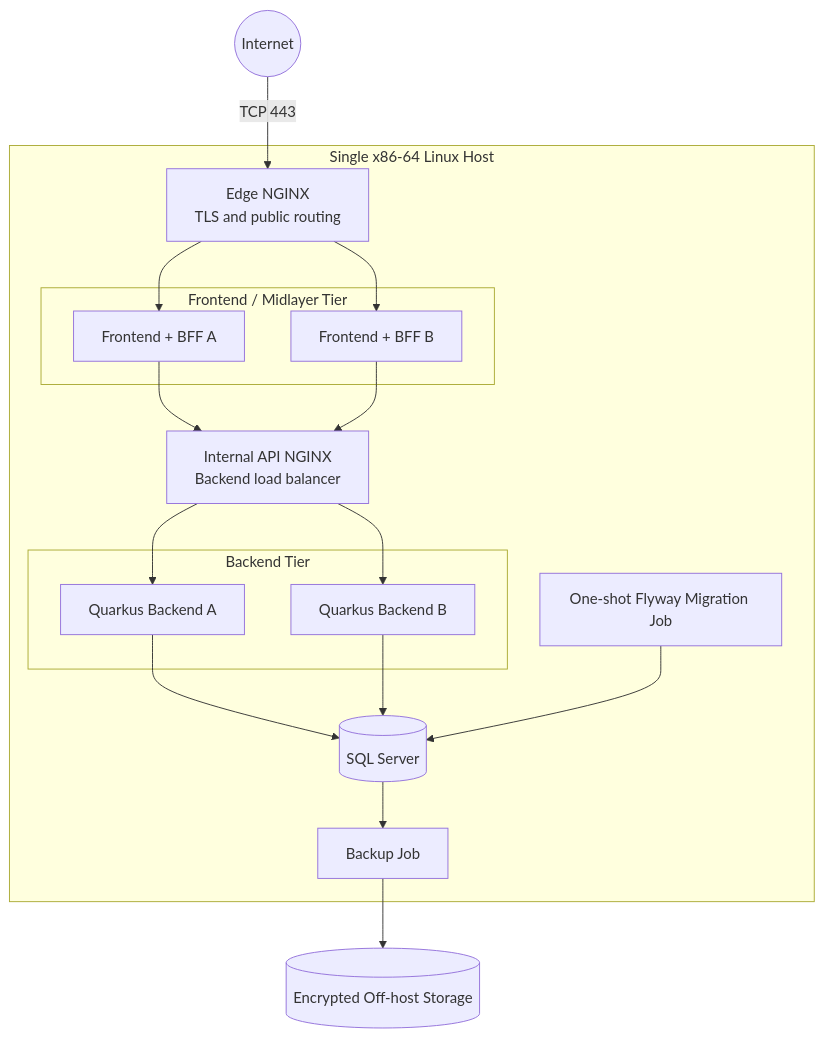
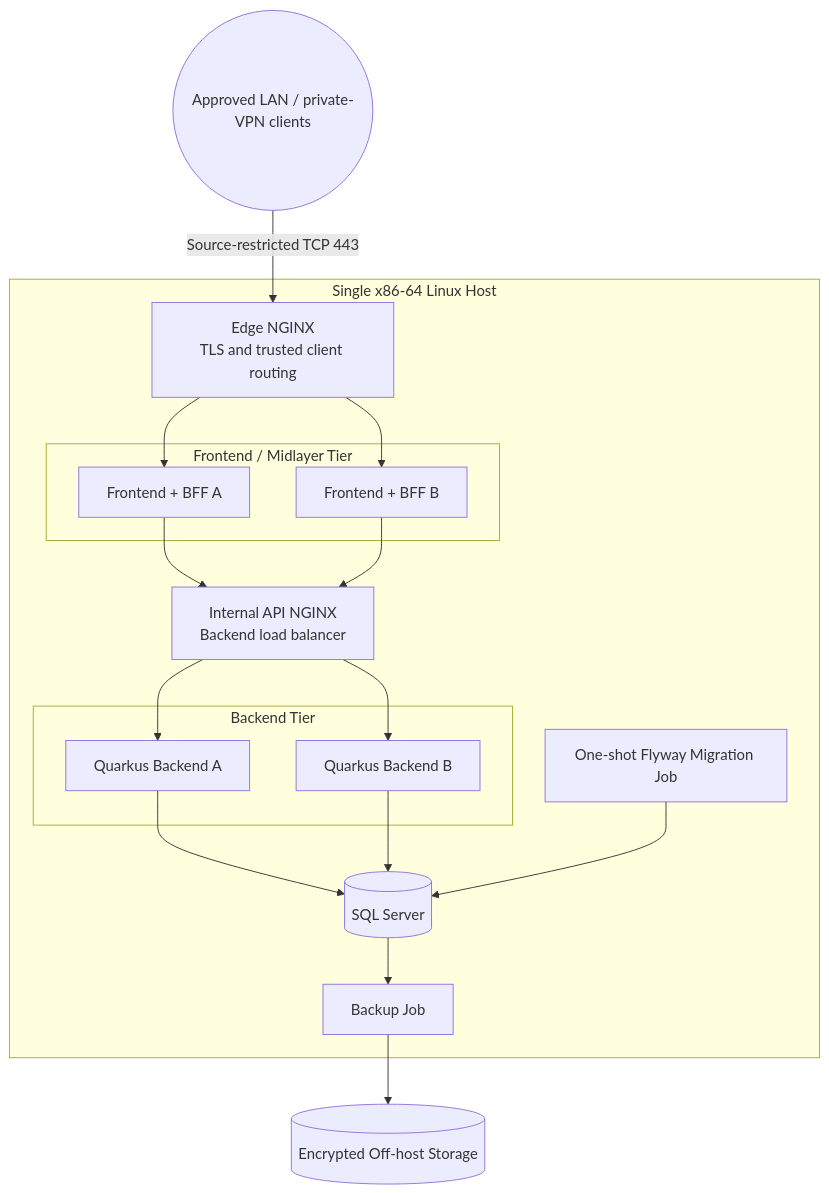
Before and after one commit to pHantompX3/ChatBackend: the second of 4 diagrams in docs/architecture/single-host-layered-container-architecture.md, drawn with Mermaid. The commit also changed other lines of this file and 13 other files, not shown here.

Commit message:
Refactor backend architecture and update supporting documentation

````diff
--- a/docs/architecture/single-host-layered-container-architecture.md
+++ b/docs/architecture/single-host-layered-container-architecture.md
@@ -256,37 +267,37 @@
 ```mermaid
 flowchart TB
-    Internet((Internet))
+    Clients((Approved LAN / private-VPN clients))
 
     subgraph Host[Single x86-64 Linux Host]
-        Edge[Edge NGINX\nTLS and public routing]
+        Edge[Edge NGINX\nTLS and trusted client routing]
 
         subgraph FrontendTier[Frontend / Midlayer Tier]
             MidA[Frontend + BFF A]
             MidB[Frontend + BFF B]
         end
 
         ApiProxy[Internal API NGINX\nBackend load balancer]
 
         subgraph BackendTier[Backend Tier]
             BackA[Quarkus Backend A]
             BackB[Quarkus Backend B]
         end
 
         Db[(SQL Server)]
         Migration[One-shot Flyway Migration Job]
         Backup[Backup Job]
     end
 
-    Internet -->|TCP 443| Edge
+    Clients -->|Source-restricted TCP 443| Edge
     Edge --> MidA
     Edge --> MidB
     MidA --> ApiProxy
     MidB --> ApiProxy
     ApiProxy --> BackA
     ApiProxy --> BackB
     BackA --> Db
     BackB --> Db
     Migration --> Db
     Db --> Backup
     Backup --> OffHost[(Encrypted Off-host Storage)]
 ```
````
